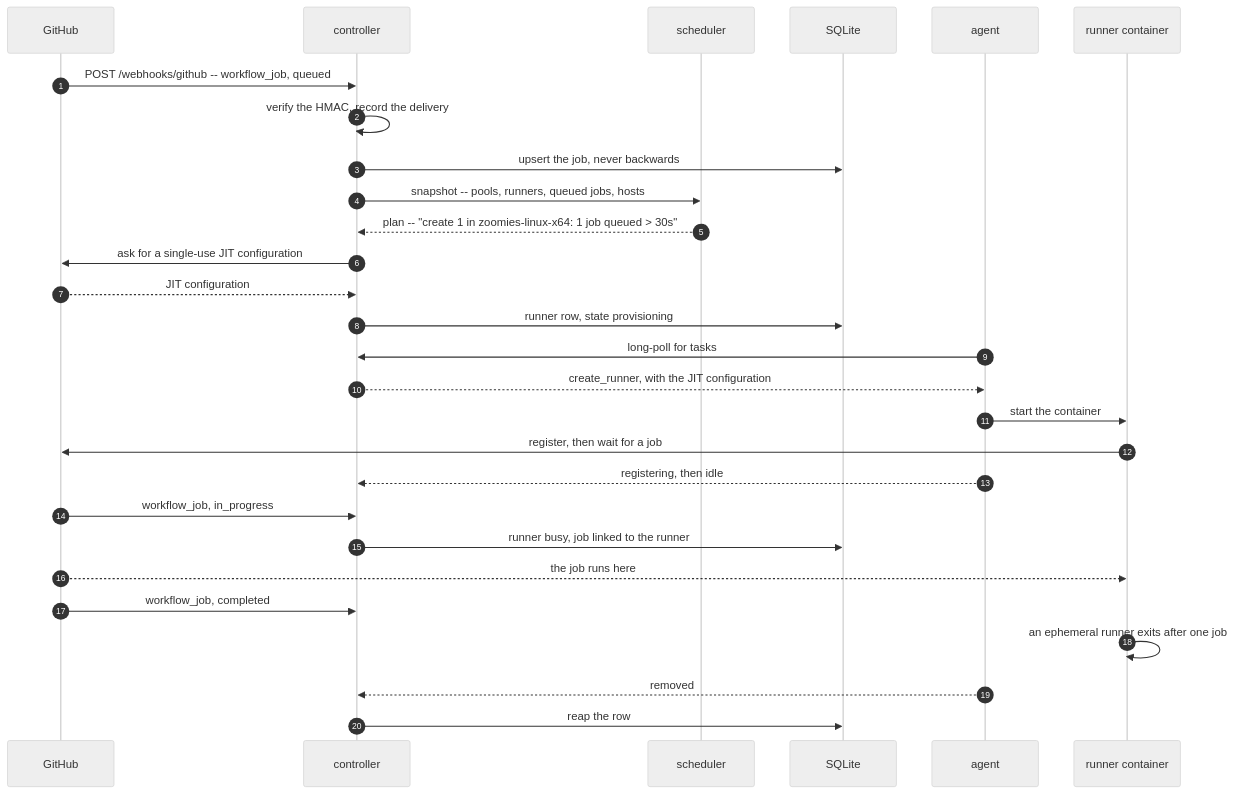
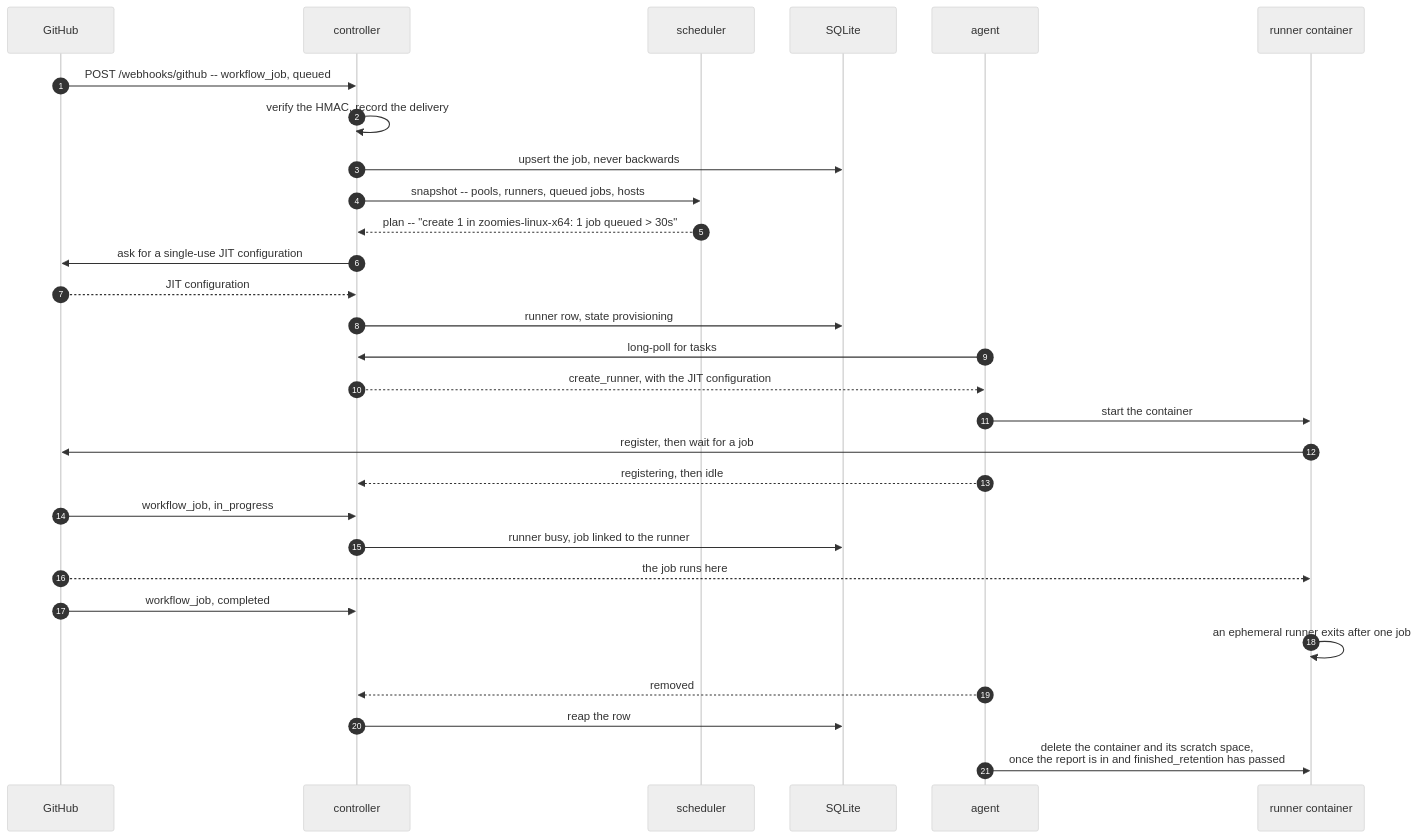
One commit to eyupio/Zoomies changed the second of 5 diagrams in docs/architecture.md. Above: the diagram before and after it, drawn with Mermaid (neutral theme). The commit also changed other lines of this file and 15 other files, not shown here.

````diff
--- a/docs/architecture.md
+++ b/docs/architecture.md
@@ -71,31 +71,32 @@
 ```mermaid
 sequenceDiagram
     autonumber
     participant GH as GitHub
     participant C as controller
     participant S as scheduler
     participant DB as SQLite
     participant A as agent
     participant R as runner container
 
     GH->>C: POST /webhooks/github -- workflow_job, queued
     C->>C: verify the HMAC, record the delivery
     C->>DB: upsert the job, never backwards
     C->>S: snapshot -- pools, runners, queued jobs, hosts
     S-->>C: plan -- "create 1 in zoomies-linux-x64: 1 job queued > 30s"
     C->>GH: ask for a single-use JIT configuration
     GH-->>C: JIT configuration
     C->>DB: runner row, state provisioning
     A->>C: long-poll for tasks
     C-->>A: create_runner, with the JIT configuration
     A->>R: start the container
     R->>GH: register, then wait for a job
     A-->>C: registering, then idle
     GH->>C: workflow_job, in_progress
     C->>DB: runner busy, job linked to the runner
     GH-->>R: the job runs here
     GH->>C: workflow_job, completed
     R->>R: an ephemeral runner exits after one job
     A-->>C: removed
     C->>DB: reap the row
+    A->>R: delete the container and its scratch space,<br/>once the report is in and finished_retention has passed
 ```
````
